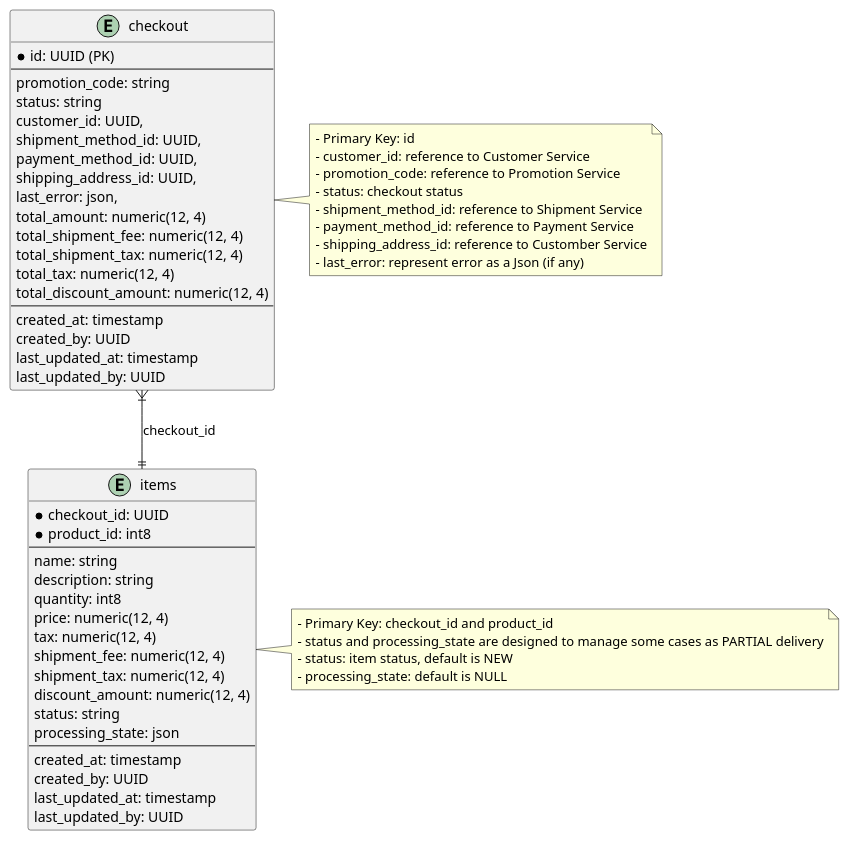
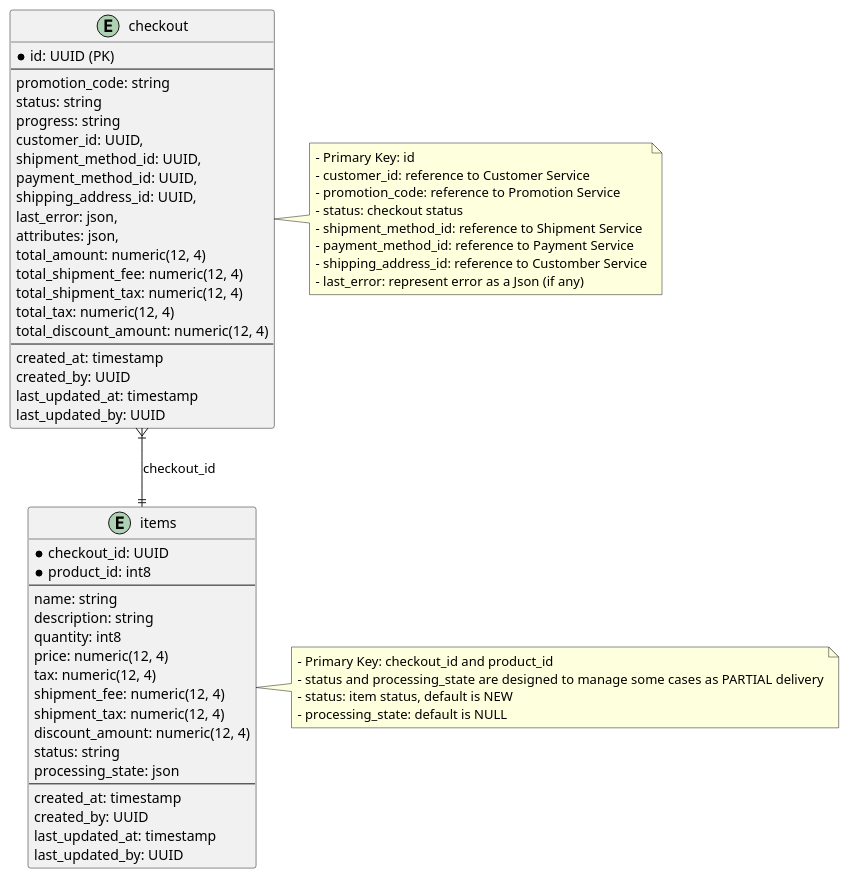
The diagram in docs/design/order-flows/details-design/orders/checkout.erd.puml (nashtech-garage/yas), drawn with PlantUML before and after one commit. The commit also changed 7 other files, not shown here.

Commit message:
Update Payment flow

```diff
--- a/docs/design/order-flows/details-design/orders/checkout.erd.puml
+++ b/docs/design/order-flows/details-design/orders/checkout.erd.puml
@@ -1,66 +1,68 @@
 @startuml
 
 entity checkout {
   * id: UUID (PK)
   --
   promotion_code: string 
   status: string
+  progress: string
   customer_id: UUID,
   shipment_method_id: UUID,
   payment_method_id: UUID,
   shipping_address_id: UUID,
-  last_error: json,
+  last_error: json,  
+  attributes: json,
   total_amount: numeric(12, 4)
   total_shipment_fee: numeric(12, 4)
   total_shipment_tax: numeric(12, 4)
   total_tax: numeric(12, 4)
   total_discount_amount: numeric(12, 4)
   --
   created_at: timestamp
   created_by: UUID
   last_updated_at: timestamp  
   last_updated_by: UUID
 }
 
 note right of checkout
   - Primary Key: id
   - customer_id: reference to Customer Service
   - promotion_code: reference to Promotion Service
   - status: checkout status
   - shipment_method_id: reference to Shipment Service
   - payment_method_id: reference to Payment Service
   - shipping_address_id: reference to Customber Service
   - last_error: represent error as a Json (if any)
 end note
 
 entity items {
   * checkout_id: UUID
   * product_id: int8
   --
   name: string
   description: string
   quantity: int8
   price: numeric(12, 4)
   tax: numeric(12, 4)
   shipment_fee: numeric(12, 4)
   shipment_tax: numeric(12, 4)
   discount_amount: numeric(12, 4)
   status: string
   processing_state: json
   --
   created_at: timestamp
   created_by: UUID
   last_updated_at: timestamp  
   last_updated_by: UUID
 }
 
 note right of items
   - Primary Key: checkout_id and product_id
   - status and processing_state are designed to manage some cases as PARTIAL delivery
   - status: item status, default is NEW
   - processing_state: default is NULL
 end note
 
 items ||-up-|{ checkout: checkout_id
 
 @enduml
```
